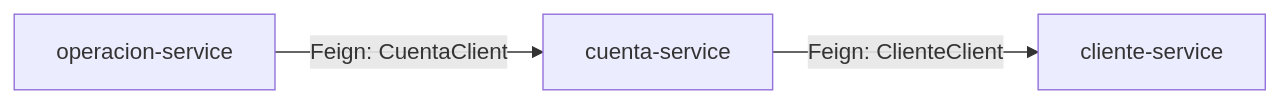
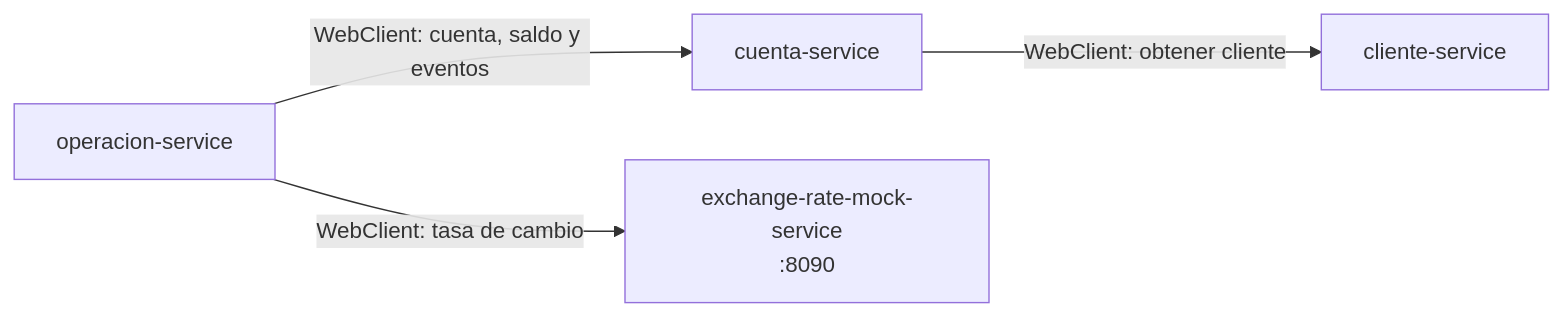
One commit to jlangon187/NovaBank changed the third of 5 diagrams in README.md. Above: the diagram before and after it, drawn with Mermaid. The commit also changed other lines of this file, not shown here.

````diff
--- a/README.md
+++ b/README.md
@@ -95,5 +116,6 @@
 ```mermaid
 flowchart LR
-    CU[cuenta-service] -->|Feign: ClienteClient| CL[cliente-service]
-    OP[operacion-service] -->|Feign: CuentaClient| CU
+    CU[cuenta-service] -->|WebClient: obtener cliente| CL[cliente-service]
+    OP[operacion-service] -->|WebClient: cuenta, saldo y eventos| CU
+    OP -->|WebClient: tasa de cambio| FX[exchange-rate-mock-service\n:8090]
 ```
````
